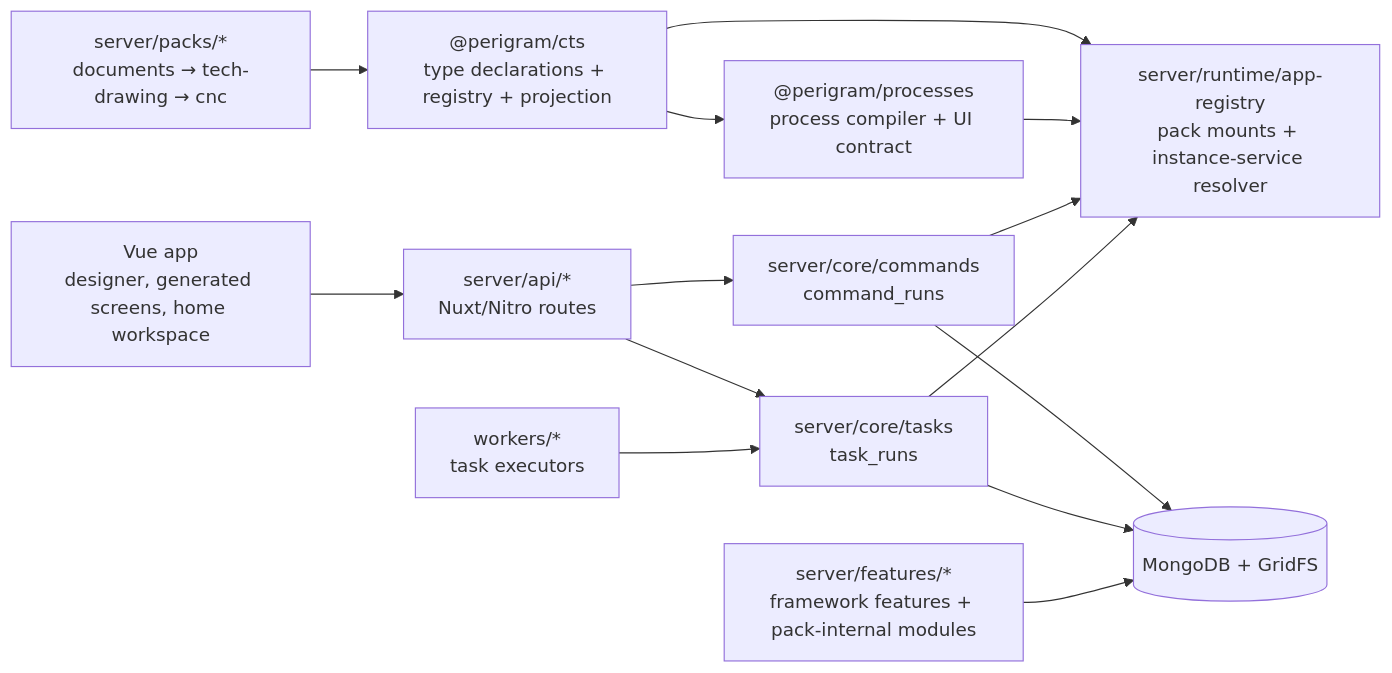
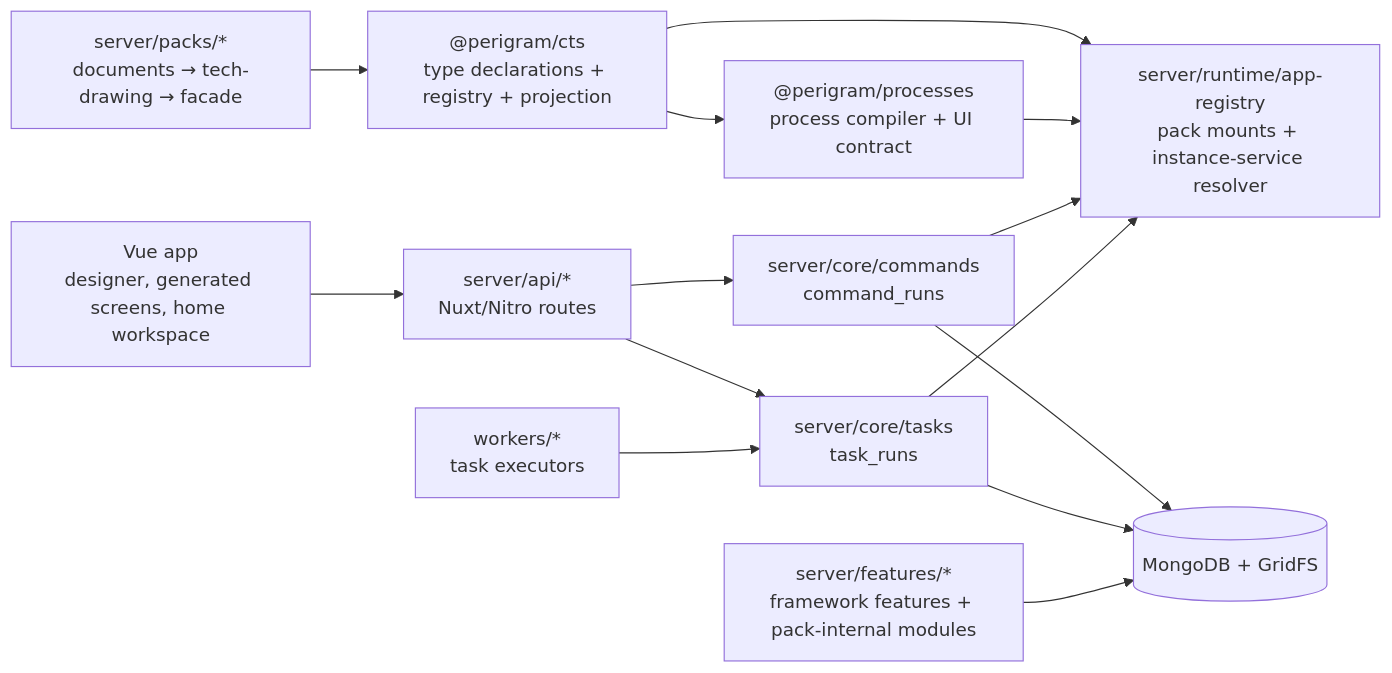
One commit to Perigram/perigram changed the first of 2 diagrams in README.md. Above: the diagram before and after it, drawn with Mermaid. The commit also changed other lines of this file and 28 other files, not shown here.

Commit message:
neo: document the facade plugin and the legacy cnc deletion

````diff
--- a/README.md
+++ b/README.md
@@ -17,28 +17,28 @@
 ```mermaid
 flowchart LR
   Cts["@perigram/cts<br/>type declarations + registry + projection"]
-  Packs["server/packs/*<br/>documents → tech-drawing → cnc"]
+  Packs["server/packs/*<br/>documents → tech-drawing → facade"]
   Compiler["@perigram/processes<br/>process compiler + UI contract"]
   Runtime["server/runtime/app-registry<br/>pack mounts + instance-service resolver"]
   Commands["server/core/commands<br/>command_runs"]
   Tasks["server/core/tasks<br/>task_runs"]
   Features["server/features/*<br/>framework features + pack-internal modules"]
   API["server/api/*<br/>Nuxt/Nitro routes"]
   UI["Vue app<br/>designer, generated screens, home workspace"]
   Workers["workers/*<br/>task executors"]
   Mongo[(MongoDB + GridFS)]
 
   Packs --> Cts
   Cts --> Compiler
   Cts --> Runtime
   Compiler --> Runtime
   API --> Commands
   API --> Tasks
   Commands --> Runtime
   Tasks --> Runtime
   Commands --> Mongo
   Tasks --> Mongo
   Features --> Mongo
   UI --> API
   Workers --> Tasks
 ```
````
